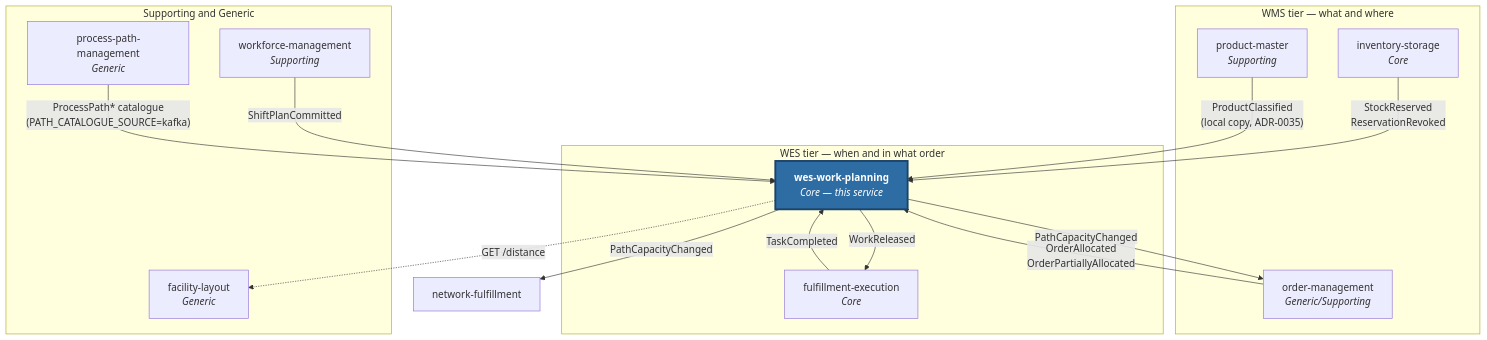
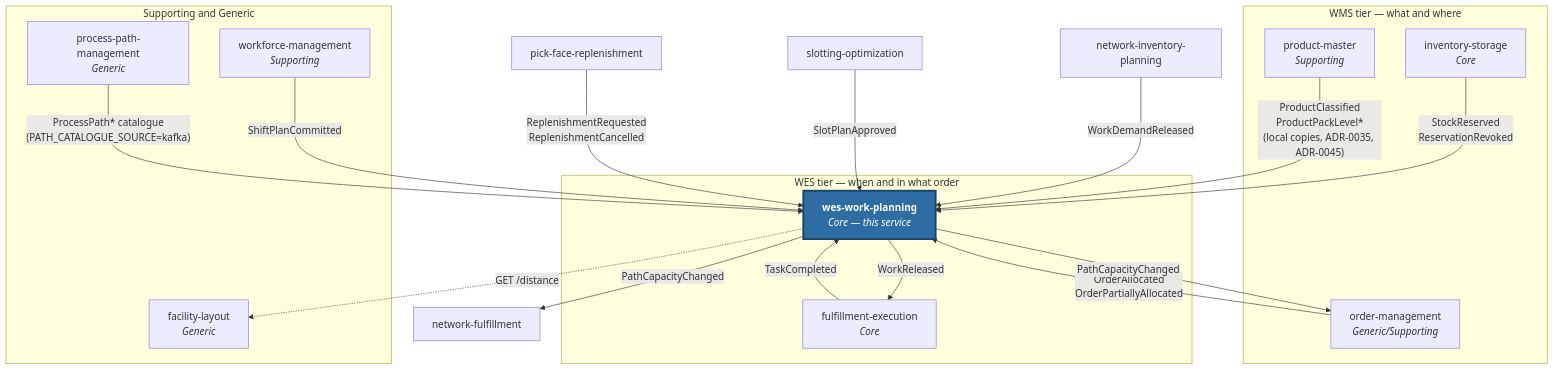
Before and after one commit to IQVO/wes-work-planning: the diagram in docs/docs/ecosystem/index.md, drawn with Mermaid. The commit also changed other lines of this file and 8 other files, not shown here.

Commit message:
docs(wes-work-planning): list every consumed work source in README, overview, ecosystem pages and the AsyncAPI description

````diff
--- a/docs/docs/ecosystem/index.md
+++ b/docs/docs/ecosystem/index.md
@@ -27,31 +27,37 @@
 ```mermaid
 flowchart TB
     subgraph wms["WMS tier — what and where"]
         INV["inventory-storage<br/><i>Core</i>"]
         OM["order-management<br/><i>Generic/Supporting</i>"]
         PM["product-master<br/><i>Supporting</i>"]
     end
     subgraph wes["WES tier — when and in what order"]
         WP["<b>wes-work-planning</b><br/><i>Core — this service</i>"]
         FE["fulfillment-execution<br/><i>Core</i>"]
     end
     subgraph sup["Supporting and Generic"]
         WM["workforce-management<br/><i>Supporting</i>"]
         FL["facility-layout<br/><i>Generic</i>"]
         PPM["process-path-management<br/><i>Generic</i>"]
     end
     NF["network-fulfillment"]
+    NIP["network-inventory-planning"]
+    SO["slotting-optimization"]
+    PFR["pick-face-replenishment"]
 
     INV -->|"StockReserved<br/>ReservationRevoked"| WP
     WM -->|"ShiftPlanCommitted"| WP
     OM -->|"OrderAllocated<br/>OrderPartiallyAllocated"| WP
+    NIP -->|"WorkDemandReleased"| WP
+    SO -->|"SlotPlanApproved"| WP
+    PFR -->|"ReplenishmentRequested<br/>ReplenishmentCancelled"| WP
     PPM -->|"ProcessPath* catalogue<br/>(PATH_CATALOGUE_SOURCE=kafka)"| WP
     WP -->|"WorkReleased"| FE
     WP -->|"PathCapacityChanged"| OM
     WP -->|"PathCapacityChanged"| NF
     FE -->|"TaskCompleted"| WP
-    PM -->|"ProductClassified<br/>(local copy, ADR-0035)"| WP
+    PM -->|"ProductClassified<br/>ProductPackLevel*<br/>(local copies, ADR-0035, ADR-0045)"| WP
     WP -.->|"GET /distance"| FL
 
     style WP fill:#2e6da4,color:#ffffff,stroke:#1b4368,stroke-width:3px
 ```
````
